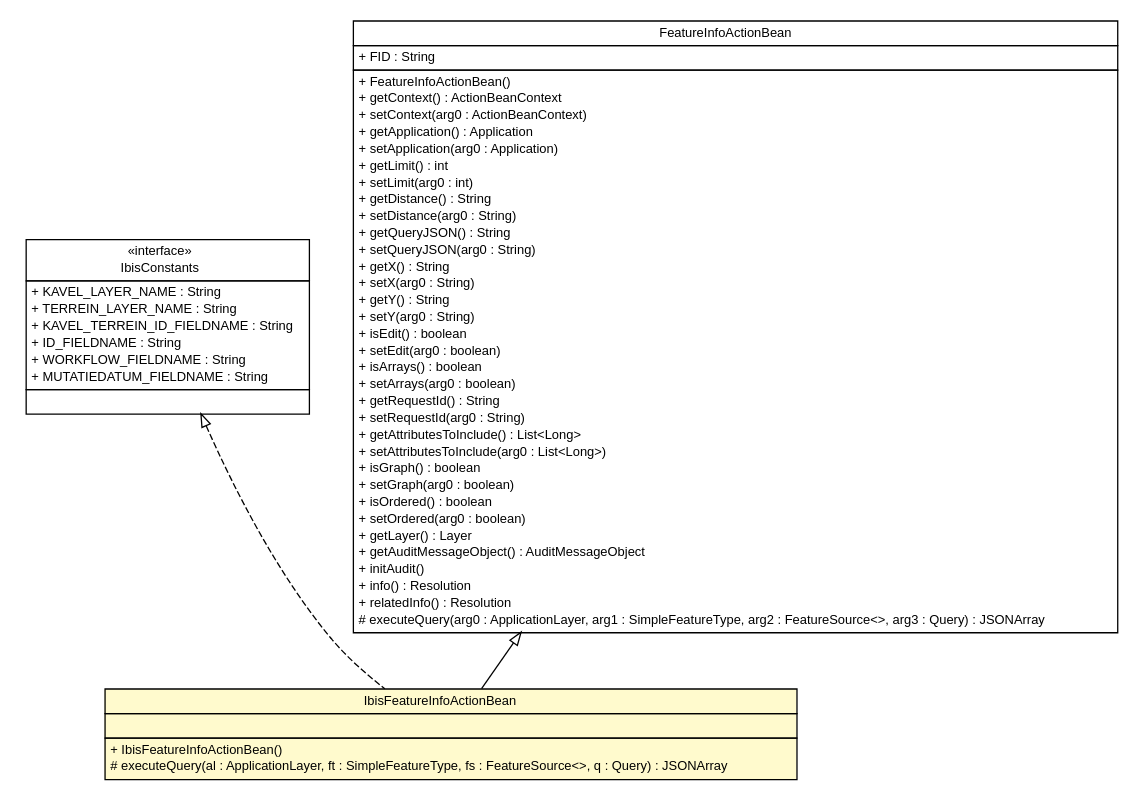
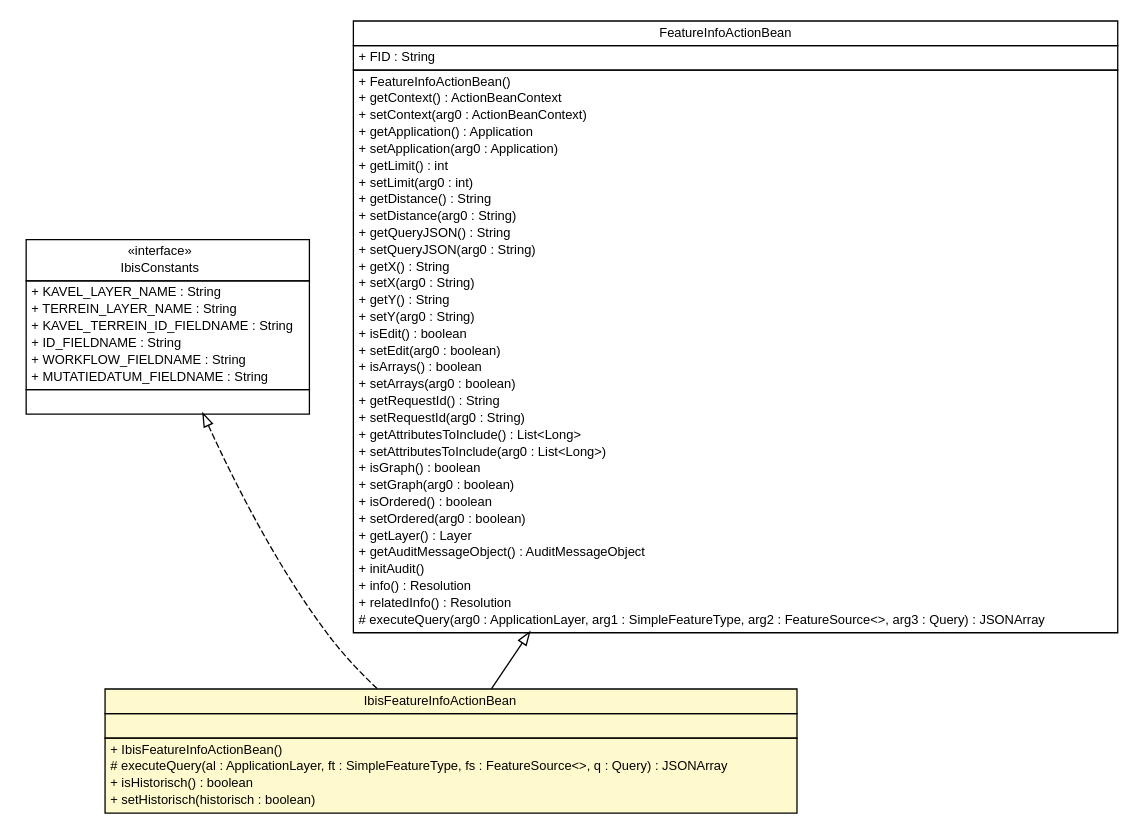
One commit to B3Partners/flamingo-ibis changed the diagram in ibis-viewer/apidocs/nl/b3p/viewer/stripes/IbisFeatureInfoActionBean.dot. Above: the diagram before and after it, drawn with Graphviz. The commit also changed 231 other files, not shown here.

```diff
--- a/ibis-viewer/apidocs/nl/b3p/viewer/stripes/IbisFeatureInfoActionBean.dot
+++ b/ibis-viewer/apidocs/nl/b3p/viewer/stripes/IbisFeatureInfoActionBean.dot
@@ -1,91 +1,93 @@
 #!/usr/local/bin/dot
 #
 # Class diagram 
 # Generated by UMLGraph version R5_6-24-gf6e263 (http://www.umlgraph.org/)
 #
 
 digraph G {
 	edge [fontname="Helvetica",fontsize=10,labelfontname="Helvetica",labelfontsize=10];
 	node [fontname="Helvetica",fontsize=10,shape=plaintext];
 	nodesep=0.25;
 	ranksep=0.5;
 	// nl.b3p.viewer.stripes.IbisFeatureInfoActionBean
-	c210 [label=<<table title="nl.b3p.viewer.stripes.IbisFeatureInfoActionBean" border="0" cellborder="1" cellspacing="0" cellpadding="2" port="p" bgcolor="lemonChiffon" href="./IbisFeatureInfoActionBean.html">
+	c222 [label=<<table title="nl.b3p.viewer.stripes.IbisFeatureInfoActionBean" border="0" cellborder="1" cellspacing="0" cellpadding="2" port="p" bgcolor="lemonChiffon" href="./IbisFeatureInfoActionBean.html">
 		<tr><td><table border="0" cellspacing="0" cellpadding="1">
 <tr><td align="center" balign="center"> IbisFeatureInfoActionBean </td></tr>
 		</table></td></tr>
 		<tr><td><table border="0" cellspacing="0" cellpadding="1">
 <tr><td align="left" balign="left">  </td></tr>
 		</table></td></tr>
 		<tr><td><table border="0" cellspacing="0" cellpadding="1">
 <tr><td align="left" balign="left"> + IbisFeatureInfoActionBean() </td></tr>
 <tr><td align="left" balign="left"> # executeQuery(al : ApplicationLayer, ft : SimpleFeatureType, fs : FeatureSource&lt;&gt;, q : Query) : JSONArray </td></tr>
+<tr><td align="left" balign="left"> + isHistorisch() : boolean </td></tr>
+<tr><td align="left" balign="left"> + setHistorisch(historisch : boolean) </td></tr>
 		</table></td></tr>
 		</table>>, URL="./IbisFeatureInfoActionBean.html", fontname="Helvetica", fontcolor="black", fontsize=10.0];
 	// nl.b3p.viewer.ibis.util.IbisConstants
-	c218 [label=<<table title="nl.b3p.viewer.ibis.util.IbisConstants" border="0" cellborder="1" cellspacing="0" cellpadding="2" port="p" href="../ibis/util/IbisConstants.html">
+	c231 [label=<<table title="nl.b3p.viewer.ibis.util.IbisConstants" border="0" cellborder="1" cellspacing="0" cellpadding="2" port="p" href="../ibis/util/IbisConstants.html">
 		<tr><td><table border="0" cellspacing="0" cellpadding="1">
 <tr><td align="center" balign="center"> &#171;interface&#187; </td></tr>
 <tr><td align="center" balign="center"> IbisConstants </td></tr>
 		</table></td></tr>
 		<tr><td><table border="0" cellspacing="0" cellpadding="1">
 <tr><td align="left" balign="left"> + KAVEL_LAYER_NAME : String </td></tr>
 <tr><td align="left" balign="left"> + TERREIN_LAYER_NAME : String </td></tr>
 <tr><td align="left" balign="left"> + KAVEL_TERREIN_ID_FIELDNAME : String </td></tr>
 <tr><td align="left" balign="left"> + ID_FIELDNAME : String </td></tr>
 <tr><td align="left" balign="left"> + WORKFLOW_FIELDNAME : String </td></tr>
 <tr><td align="left" balign="left"> + MUTATIEDATUM_FIELDNAME : String </td></tr>
 		</table></td></tr>
 		<tr><td><table border="0" cellspacing="0" cellpadding="1">
 <tr><td align="left" balign="left">  </td></tr>
 		</table></td></tr>
 		</table>>, URL="../ibis/util/IbisConstants.html", fontname="Helvetica", fontcolor="black", fontsize=10.0];
 	//nl.b3p.viewer.stripes.IbisFeatureInfoActionBean extends nl.b3p.viewer.stripes.FeatureInfoActionBean
-	c220:p -> c210:p [dir=back,arrowtail=empty];
+	c233:p -> c222:p [dir=back,arrowtail=empty];
 	//nl.b3p.viewer.stripes.IbisFeatureInfoActionBean implements nl.b3p.viewer.ibis.util.IbisConstants
-	c218:p -> c210:p [dir=back,arrowtail=empty,style=dashed];
+	c231:p -> c222:p [dir=back,arrowtail=empty,style=dashed];
 	// nl.b3p.viewer.stripes.FeatureInfoActionBean
-	c220 [label=<<table title="nl.b3p.viewer.stripes.FeatureInfoActionBean" border="0" cellborder="1" cellspacing="0" cellpadding="2" port="p">
+	c233 [label=<<table title="nl.b3p.viewer.stripes.FeatureInfoActionBean" border="0" cellborder="1" cellspacing="0" cellpadding="2" port="p">
 		<tr><td><table border="0" cellspacing="0" cellpadding="1">
 <tr><td align="center" balign="center"> FeatureInfoActionBean </td></tr>
 		</table></td></tr>
 		<tr><td><table border="0" cellspacing="0" cellpadding="1">
 <tr><td align="left" balign="left"> + FID : String </td></tr>
 		</table></td></tr>
 		<tr><td><table border="0" cellspacing="0" cellpadding="1">
 <tr><td align="left" balign="left"> + FeatureInfoActionBean() </td></tr>
 <tr><td align="left" balign="left"> + getContext() : ActionBeanContext </td></tr>
 <tr><td align="left" balign="left"> + setContext(arg0 : ActionBeanContext) </td></tr>
 <tr><td align="left" balign="left"> + getApplication() : Application </td></tr>
 <tr><td align="left" balign="left"> + setApplication(arg0 : Application) </td></tr>
 <tr><td align="left" balign="left"> + getLimit() : int </td></tr>
 <tr><td align="left" balign="left"> + setLimit(arg0 : int) </td></tr>
 <tr><td align="left" balign="left"> + getDistance() : String </td></tr>
 <tr><td align="left" balign="left"> + setDistance(arg0 : String) </td></tr>
 <tr><td align="left" balign="left"> + getQueryJSON() : String </td></tr>
 <tr><td align="left" balign="left"> + setQueryJSON(arg0 : String) </td></tr>
 <tr><td align="left" balign="left"> + getX() : String </td></tr>
 <tr><td align="left" balign="left"> + setX(arg0 : String) </td></tr>
 <tr><td align="left" balign="left"> + getY() : String </td></tr>
 <tr><td align="left" balign="left"> + setY(arg0 : String) </td></tr>
 <tr><td align="left" balign="left"> + isEdit() : boolean </td></tr>
 <tr><td align="left" balign="left"> + setEdit(arg0 : boolean) </td></tr>
 <tr><td align="left" balign="left"> + isArrays() : boolean </td></tr>
 <tr><td align="left" balign="left"> + setArrays(arg0 : boolean) </td></tr>
 <tr><td align="left" balign="left"> + getRequestId() : String </td></tr>
 <tr><td align="left" balign="left"> + setRequestId(arg0 : String) </td></tr>
 <tr><td align="left" balign="left"> + getAttributesToInclude() : List&lt;Long&gt; </td></tr>
 <tr><td align="left" balign="left"> + setAttributesToInclude(arg0 : List&lt;Long&gt;) </td></tr>
 <tr><td align="left" balign="left"> + isGraph() : boolean </td></tr>
 <tr><td align="left" balign="left"> + setGraph(arg0 : boolean) </td></tr>
 <tr><td align="left" balign="left"> + isOrdered() : boolean </td></tr>
 <tr><td align="left" balign="left"> + setOrdered(arg0 : boolean) </td></tr>
 <tr><td align="left" balign="left"> + getLayer() : Layer </td></tr>
 <tr><td align="left" balign="left"> + getAuditMessageObject() : AuditMessageObject </td></tr>
 <tr><td align="left" balign="left"> + initAudit() </td></tr>
 <tr><td align="left" balign="left"> + info() : Resolution </td></tr>
 <tr><td align="left" balign="left"> + relatedInfo() : Resolution </td></tr>
 <tr><td align="left" balign="left"> # executeQuery(arg0 : ApplicationLayer, arg1 : SimpleFeatureType, arg2 : FeatureSource&lt;&gt;, arg3 : Query) : JSONArray </td></tr>
 		</table></td></tr>
 		</table>>, URL="null", fontname="Helvetica", fontcolor="black", fontsize=10.0];
 }
```
